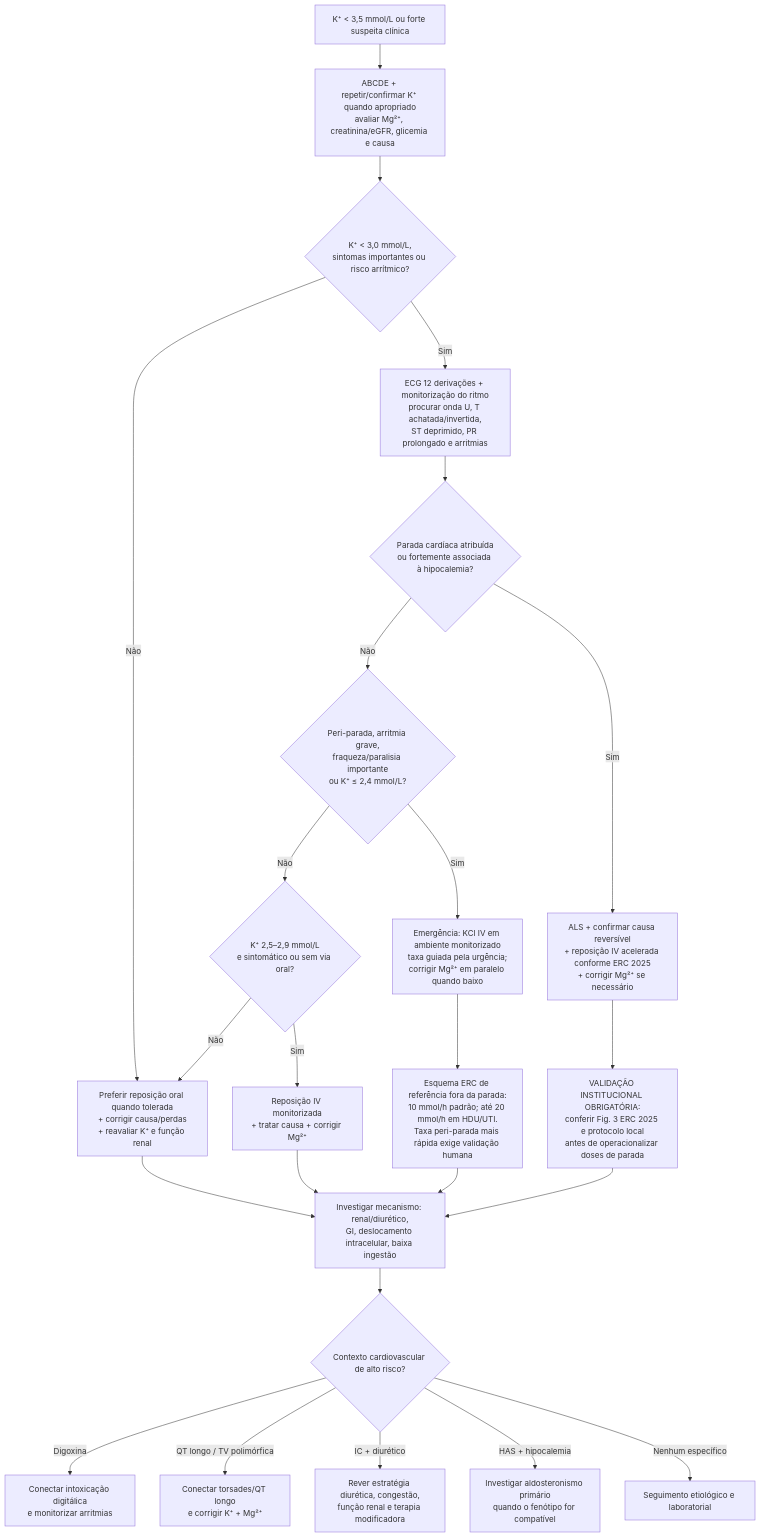
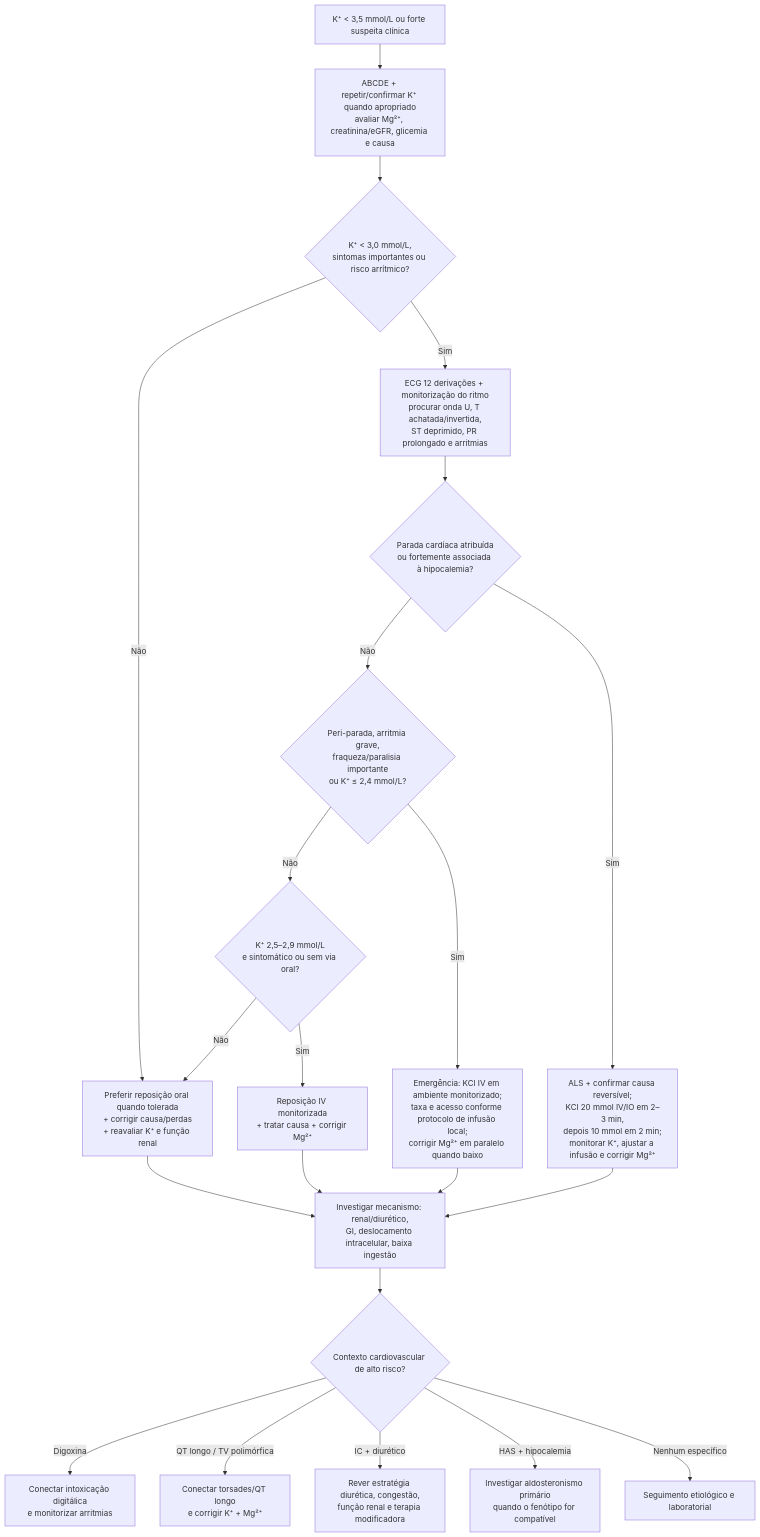
One commit to rafaelpaesmeirelles/MeuCardio changed the diagram in content/Terapia_intensiva/fluxograma-hipocalemia-grave-risco-arritmico.md. Above: the diagram before and after it, drawn with Mermaid. The commit also changed other lines of this file and 37 other files, not shown here.

````diff
--- a/content/Terapia_intensiva/fluxograma-hipocalemia-grave-risco-arritmico.md
+++ b/content/Terapia_intensiva/fluxograma-hipocalemia-grave-risco-arritmico.md
@@ -18,31 +19,29 @@
 ```mermaid
 flowchart TD
   A["K⁺ < 3,5 mmol/L ou forte suspeita clínica"] --> B["ABCDE + repetir/confirmar K⁺ quando apropriado<br/>avaliar Mg²⁺, creatinina/eGFR, glicemia e causa"]
   B --> C{"K⁺ < 3,0 mmol/L,<br/>sintomas importantes ou risco arrítmico?"}
   C -->|"Não"| D["Preferir reposição oral quando tolerada<br/>+ corrigir causa/perdas<br/>+ reavaliar K⁺ e função renal"]
   C -->|"Sim"| E["ECG 12 derivações + monitorização do ritmo<br/>procurar onda U, T achatada/invertida,<br/>ST deprimido, PR prolongado e arritmias"]
 
   E --> F{"Parada cardíaca atribuída<br/>ou fortemente associada à hipocalemia?"}
-  F -->|"Sim"| G["ALS + confirmar causa reversível<br/>+ reposição IV acelerada conforme ERC 2025<br/>+ corrigir Mg²⁺ se necessário"]
-  G --> H["VALIDAÇÃO INSTITUCIONAL OBRIGATÓRIA:<br/>conferir Fig. 3 ERC 2025 e protocolo local<br/>antes de operacionalizar doses de parada"]
+  F -->|"Sim"| G["ALS + confirmar causa reversível;<br/>KCl 20 mmol IV/IO em 2–3 min,<br/>depois 10 mmol em 2 min;<br/>monitorar K⁺, ajustar a infusão e corrigir Mg²⁺"]
 
   F -->|"Não"| I{"Peri-parada, arritmia grave,<br/>fraqueza/paralisia importante<br/>ou K⁺ ≤ 2,4 mmol/L?"}
-  I -->|"Sim"| J["Emergência: KCl IV em ambiente monitorizado<br/>taxa guiada pela urgência;<br/>corrigir Mg²⁺ em paralelo quando baixo"]
-  J --> K["Esquema ERC de referência fora da parada:<br/>10 mmol/h padrão; até 20 mmol/h em HDU/UTI.<br/>Taxa peri-parada mais rápida exige validação humana"]
+  I -->|"Sim"| J["Emergência: KCl IV em ambiente monitorizado;<br/>taxa e acesso conforme protocolo de infusão local;<br/>corrigir Mg²⁺ em paralelo quando baixo"]
 
   I -->|"Não"| L{"K⁺ 2,5–2,9 mmol/L<br/>e sintomático ou sem via oral?"}
   L -->|"Sim"| M["Reposição IV monitorizada<br/>+ tratar causa + corrigir Mg²⁺"]
   L -->|"Não"| D
 
   D --> N["Investigar mecanismo: renal/diurético,<br/>GI, deslocamento intracelular, baixa ingestão"]
   M --> N
-  K --> N
-  H --> N
+  J --> N
+  G --> N
 
   N --> O{"Contexto cardiovascular de alto risco?"}
   O -->|"Digoxina"| P["Conectar intoxicação digitálica<br/>e monitorizar arritmias"]
   O -->|"QT longo / TV polimórfica"| Q["Conectar torsades/QT longo<br/>e corrigir K⁺ + Mg²⁺"]
   O -->|"IC + diurético"| R["Rever estratégia diurética, congestão,<br/>função renal e terapia modificadora"]
   O -->|"HAS + hipocalemia"| S["Investigar aldosteronismo primário<br/>quando o fenótipo for compatível"]
   O -->|"Nenhum específico"| T["Seguimento etiológico e laboratorial"]
 ```
````
